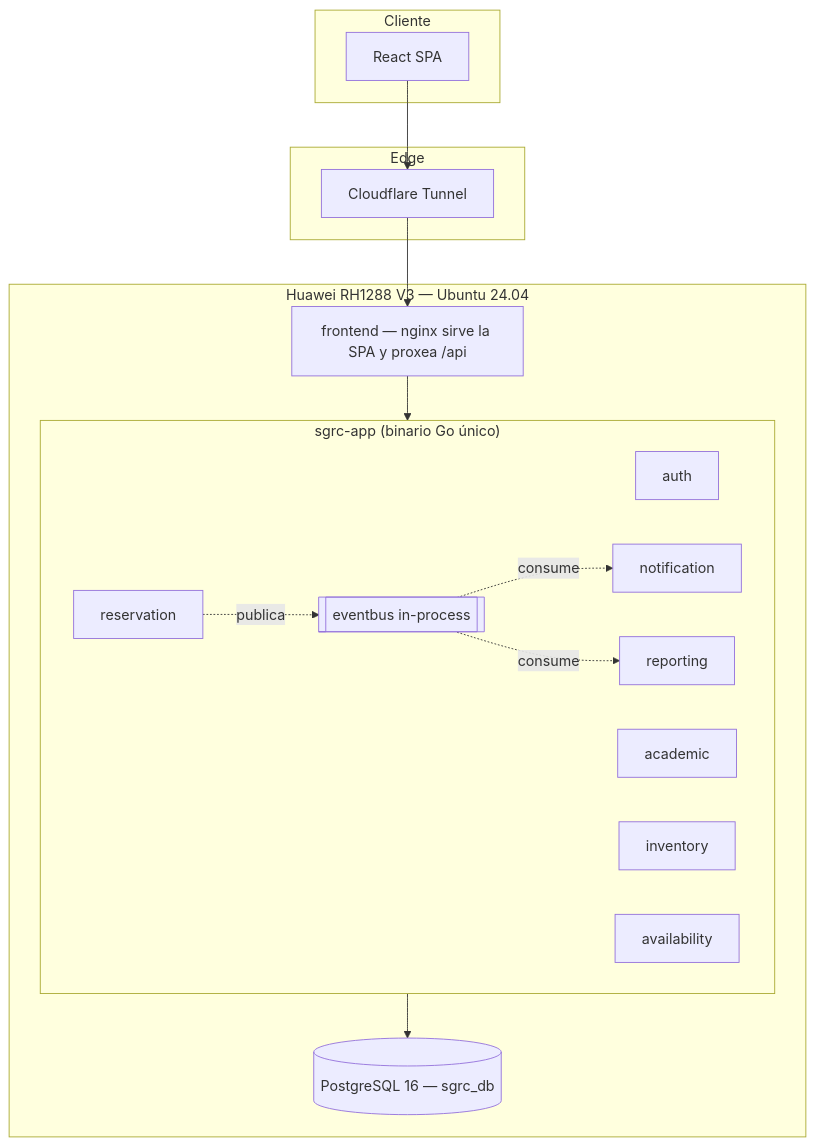
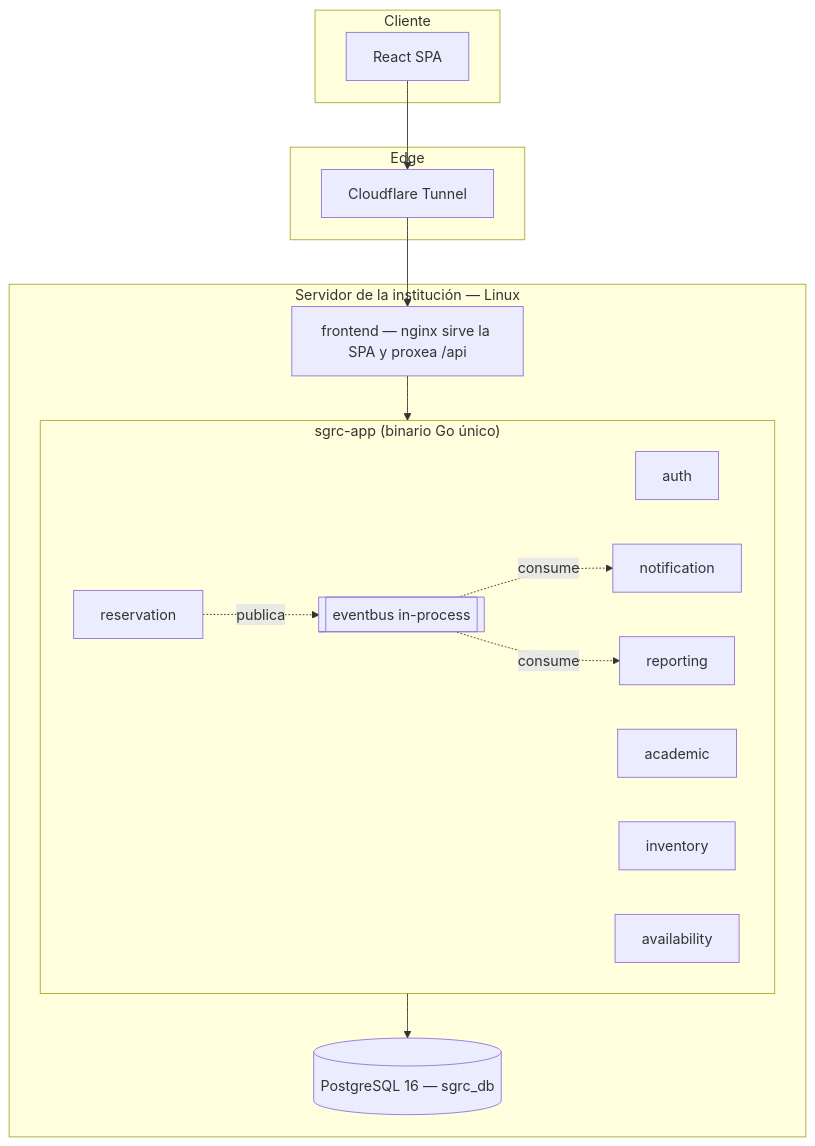
One commit to agustin-y2k/sgrc changed the first of 2 diagrams in docs/06-arquitectura.md. Above: the diagram before and after it, drawn with Mermaid. The commit also changed other lines of this file and 100 other files, not shown here.

````diff
--- a/docs/06-arquitectura.md
+++ b/docs/06-arquitectura.md
@@ -116,30 +120,30 @@
 ```mermaid
 flowchart TB
     subgraph Cliente
         FE[React SPA]
     end
 
     subgraph Edge
         CF[Cloudflare Tunnel]
     end
 
-    subgraph Huawei["Huawei RH1288 V3 — Ubuntu 24.04"]
+    subgraph Servidor["Servidor de la institución — Linux"]
         subgraph App["sgrc-app (binario Go único)"]
             AUTH[auth]
             ACAD[academic]
             INV[inventory]
             RES[reservation]
             NOTIF[notification]
             REP[reporting]
             AVAIL[availability]
             EB[[eventbus in-process]]
         end
         NGINX[frontend — nginx sirve la SPA y proxea /api]
         PG[(PostgreSQL 16 — sgrc_db)]
     end
 
     FE --> CF --> NGINX --> App
     App --> PG
     RES -.publica.-> EB
     EB -.consume.-> NOTIF & REP
 ```
````
